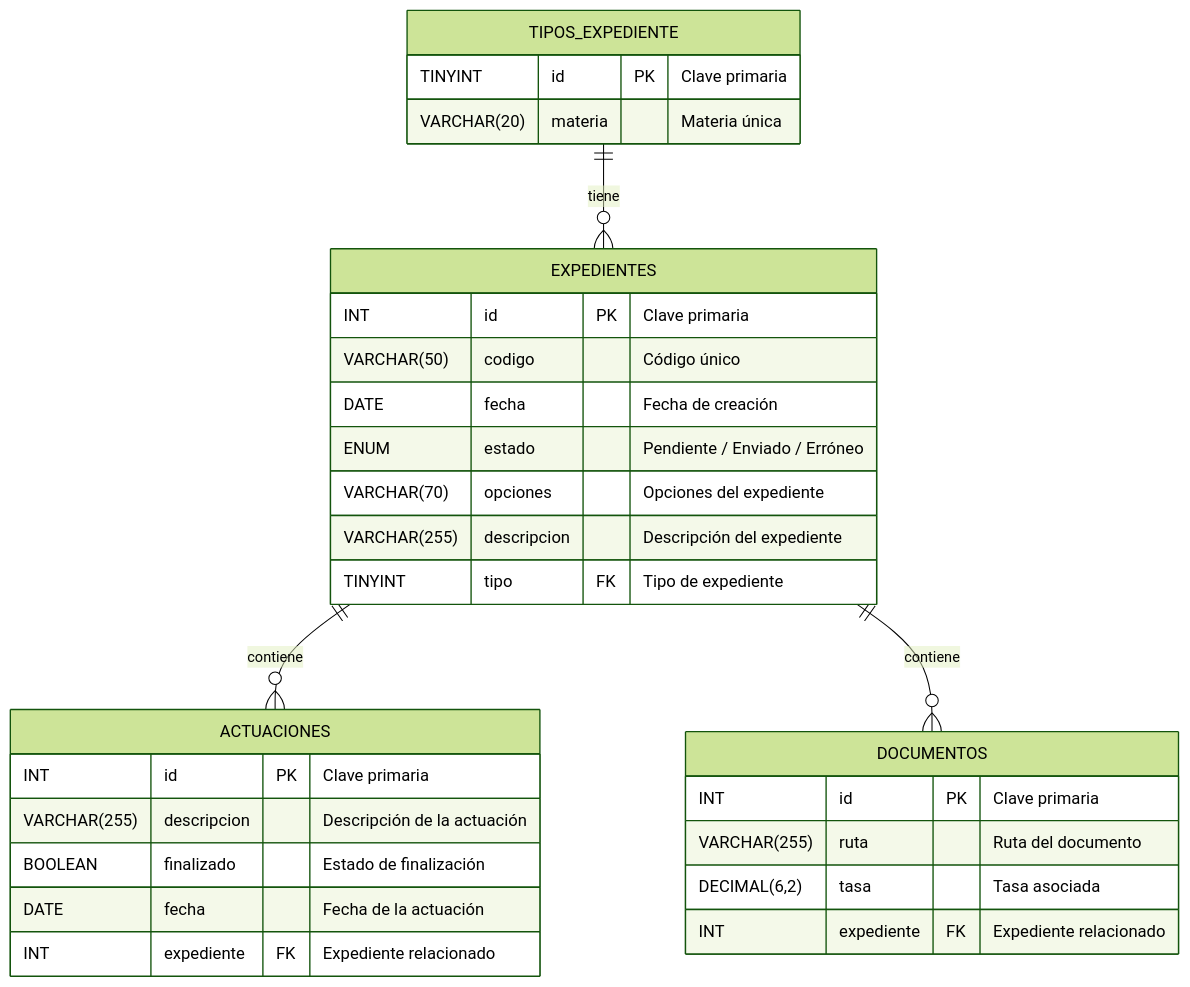
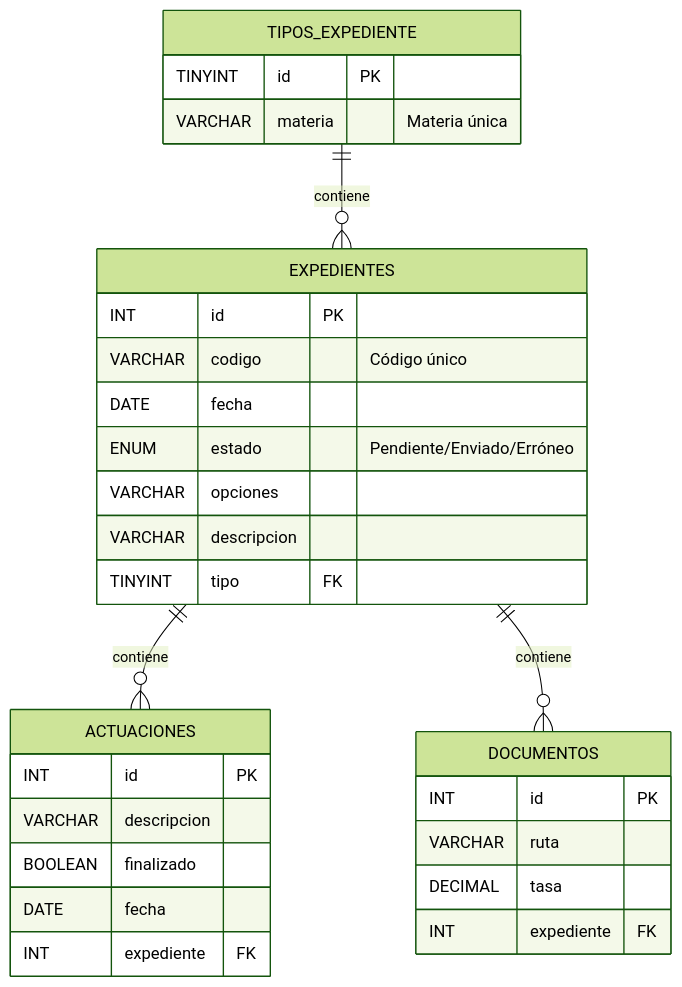
One commit to ivanteams/elex changed the diagram in README.md. Above: the diagram before and after it, drawn with Mermaid (forest theme).

Commit message:
Modificado error MermaidJS

````diff
--- a/README.md
+++ b/README.md
@@ -38,32 +38,32 @@
 ```mermaid
 erDiagram
-    TIPOS_EXPEDIENTE ||--o{ EXPEDIENTES : "tiene"
+    TIPOS_EXPEDIENTE ||--o{ EXPEDIENTES : contiene
     TIPOS_EXPEDIENTE {
-        TINYINT id PK "Clave primaria"
-        VARCHAR(20) materia "Materia única"
+        TINYINT id PK
+        VARCHAR materia "Materia única"
     }
-    EXPEDIENTES ||--o{ ACTUACIONES : "contiene"
-    EXPEDIENTES ||--o{ DOCUMENTOS : "contiene"
+    EXPEDIENTES ||--o{ ACTUACIONES : contiene
+    EXPEDIENTES ||--o{ DOCUMENTOS : contiene
     EXPEDIENTES {
-        INT id PK "Clave primaria"
-        VARCHAR(50) codigo "Código único"
-        DATE fecha "Fecha de creación"
-        ENUM estado "Pendiente / Enviado / Erróneo"
-        VARCHAR(70) opciones "Opciones del expediente"
-        VARCHAR(255) descripcion "Descripción del expediente"
-        TINYINT tipo FK "Tipo de expediente"
+        INT id PK
+        VARCHAR codigo "Código único"
+        DATE fecha
+        ENUM estado "Pendiente/Enviado/Erróneo"
+        VARCHAR opciones
+        VARCHAR descripcion
+        TINYINT tipo FK
     }
     ACTUACIONES {
-        INT id PK "Clave primaria"
-        VARCHAR(255) descripcion "Descripción de la actuación"
-        BOOLEAN finalizado "Estado de finalización"
-        DATE fecha "Fecha de la actuación"
-        INT expediente FK "Expediente relacionado"
+        INT id PK
+        VARCHAR descripcion
+        BOOLEAN finalizado
+        DATE fecha
+        INT expediente FK
     }
     DOCUMENTOS {
-        INT id PK "Clave primaria"
-        VARCHAR(255) ruta "Ruta del documento"
-        DECIMAL(6,2) tasa "Tasa asociada"
-        INT expediente FK "Expediente relacionado"
+        INT id PK
+        VARCHAR ruta
+        DECIMAL tasa
+        INT expediente FK
     }
 ```
````
